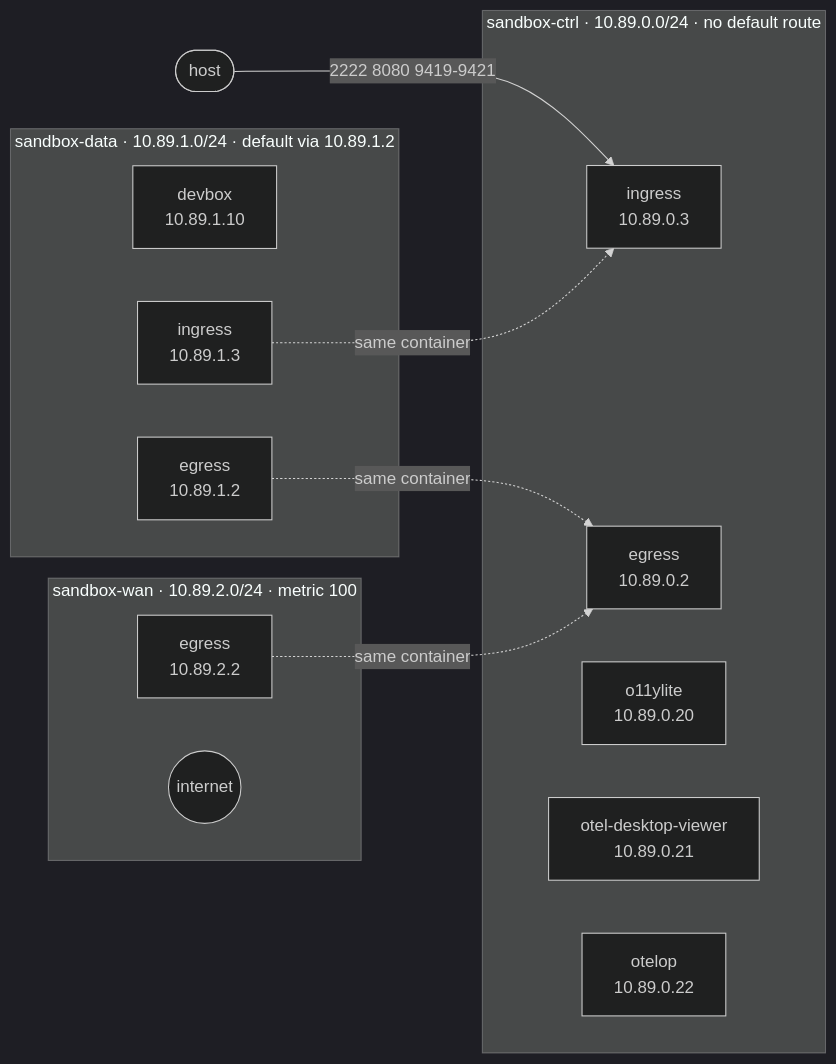
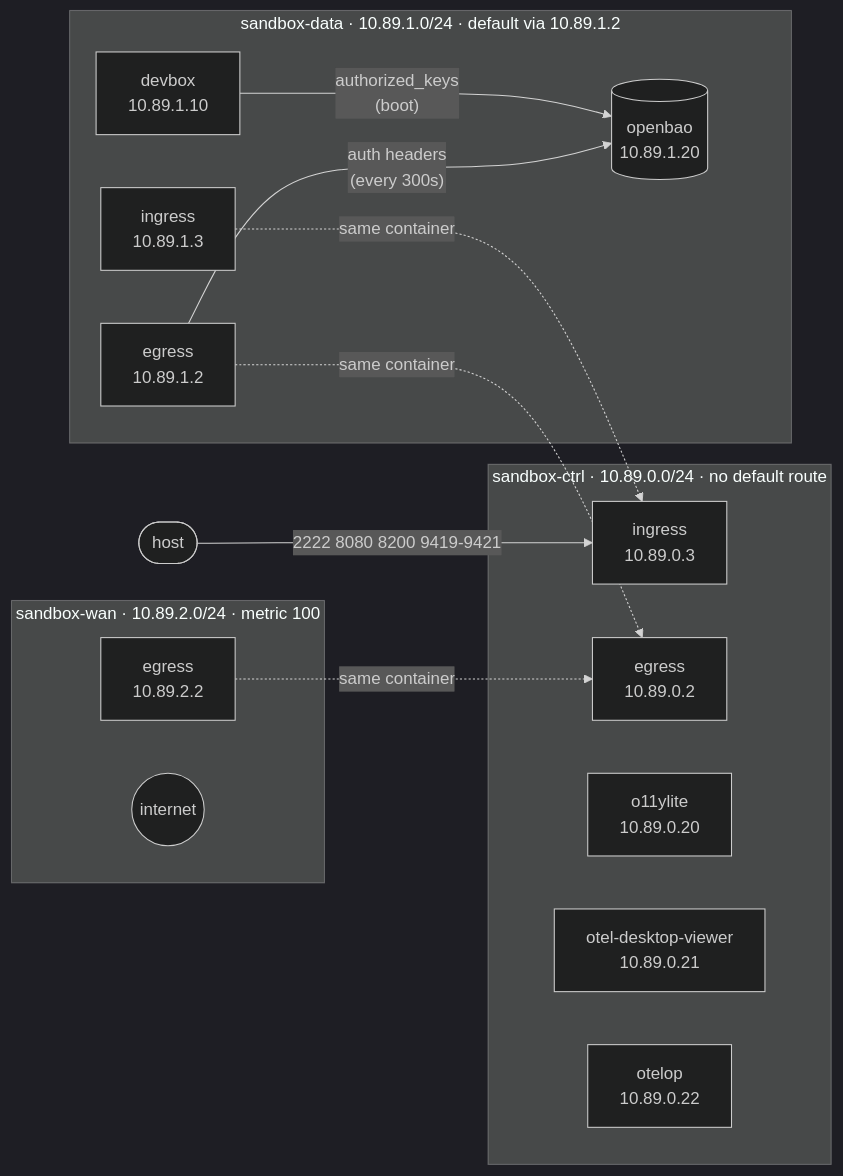
The first of 4 diagrams in sandbox/README.md (TreeHappy/Worktainer), drawn with Mermaid (dark theme) before and after one commit. The commit also changed other lines of this file and 1 other file, not shown here.

````diff
--- a/sandbox/README.md
+++ b/sandbox/README.md
@@ -57,27 +66,31 @@
 ```mermaid
 flowchart LR
     subgraph CTRL["sandbox-ctrl · 10.89.0.0/24 · no default route"]
         IC["ingress<br/>10.89.0.3"]
         EC["egress<br/>10.89.0.2"]
         T1["o11ylite<br/>10.89.0.20"]
         T2["otel-desktop-viewer<br/>10.89.0.21"]
         T3["otelop<br/>10.89.0.22"]
     end
 
     subgraph DATA["sandbox-data · 10.89.1.0/24 · default via 10.89.1.2"]
         D["devbox<br/>10.89.1.10"]
         ID["ingress<br/>10.89.1.3"]
         ED["egress<br/>10.89.1.2"]
+        OBA[("openbao<br/>10.89.1.20")]
     end
 
     subgraph WAN["sandbox-wan · 10.89.2.0/24 · metric 100"]
         EW["egress<br/>10.89.2.2"]
         INT(("internet"))
     end
 
-    H(["host"]) -->|"2222 8080 9419-9421"| IC
+    H(["host"]) -->|"2222 8080 8200 9419-9421"| IC
+
+    D -->|"authorized_keys<br/>(boot)"| OBA
+    ED -->|"auth headers<br/>(every 300s)"| OBA
 
     ID -.->|"same container"| IC
     ED -.->|"same container"| EC
     EW -.->|"same container"| EC
 ```
````
